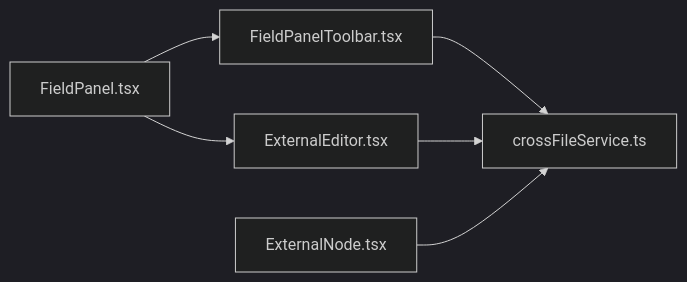
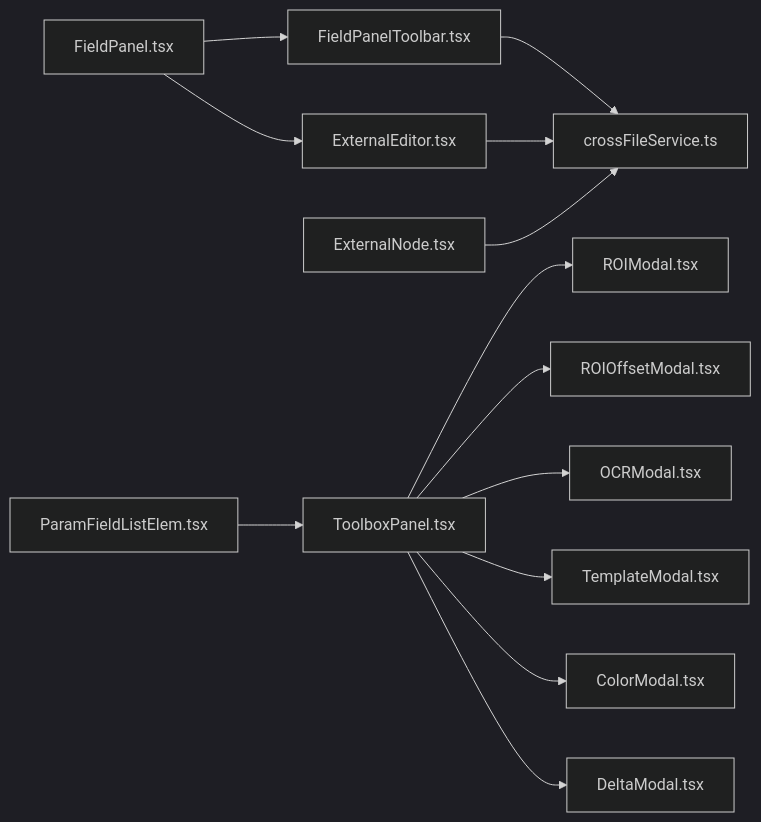
The sixth of 6 diagrams in .qoder/repowiki/zh/content/核心概念/字段面板工具栏.md (kqcoxn/MaaPipelineEditor), drawn with Mermaid (dark theme) before and after one commit. The commit also changed other lines of this file and 23 other files, not shown here.

````diff
--- a/.qoder/repowiki/zh/content/核心概念/字段面板工具栏.md
+++ b/.qoder/repowiki/zh/content/核心概念/字段面板工具栏.md
@@ -230,8 +386,15 @@
 ```mermaid
 graph LR
 FPT["FieldPanelToolbar.tsx"] --> CFS["crossFileService.ts"]
 FP["FieldPanel.tsx"] --> FPT
 FP --> END["ExternalEditor.tsx"]
 END --> CFS
 EN["ExternalNode.tsx"] --> CFS
+TP["ToolboxPanel.tsx"] --> ROI["ROIModal.tsx"]
+TP --> ROIO["ROIOffsetModal.tsx"]
+TP --> OCR["OCRModal.tsx"]
+TP --> TM["TemplateModal.tsx"]
+TP --> CM["ColorModal.tsx"]
+TP --> DM["DeltaModal.tsx"]
+PFE["ParamFieldListElem.tsx"] --> TP
 ```
````
